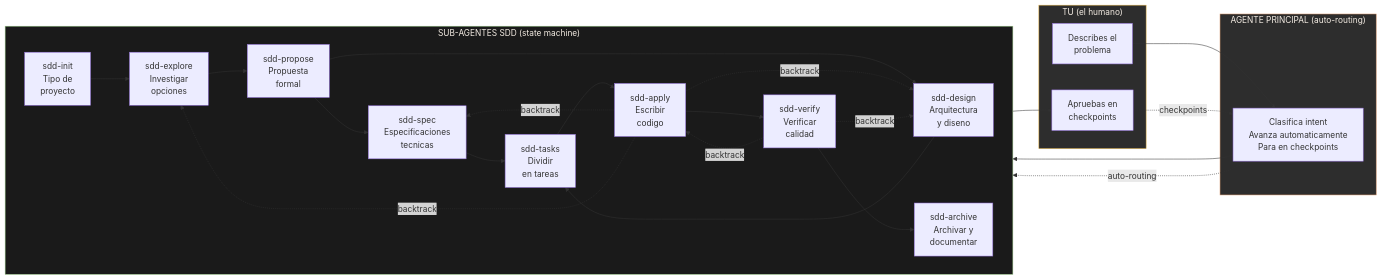
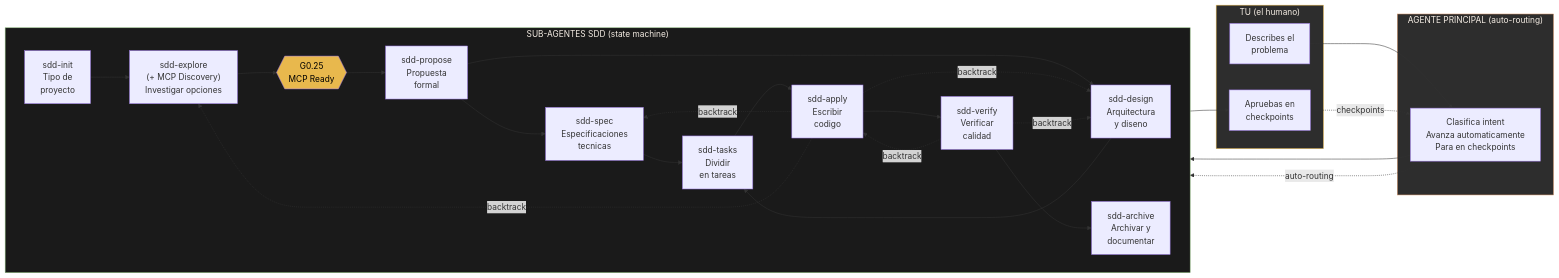
One commit to jota-batuta/batuta-dots changed the fourth of 24 diagrams in docs/architecture/arquitectura-diagrama.md. Above: the diagram before and after it, drawn with Mermaid. The commit also changed other lines of this file and 9 other files, not shown here.

````diff
--- a/docs/architecture/arquitectura-diagrama.md
+++ b/docs/architecture/arquitectura-diagrama.md
@@ -140,46 +142,48 @@
 ```mermaid
 flowchart LR
     subgraph USUARIO["TU (el humano)"]
         U_DESCRIBE["Describes el<br/>problema"]
         U_APRUEBA["Apruebas en<br/>checkpoints"]
     end
 
     subgraph ORQUESTADOR["AGENTE PRINCIPAL (auto-routing)"]
         ORC["Clasifica intent<br/>Avanza automaticamente<br/>Para en checkpoints"]
     end
 
     subgraph PIPELINE["SUB-AGENTES SDD (state machine)"]
         direction LR
         INIT["sdd-init<br/>Tipo de<br/>proyecto"]
-        EXPLORE["sdd-explore<br/>Investigar<br/>opciones"]
+        EXPLORE["sdd-explore<br/>(+ MCP Discovery)<br/>Investigar opciones"]
+        G025{{"G0.25<br/>MCP Ready"}}
         PROPOSE["sdd-propose<br/>Propuesta<br/>formal"]
         SPEC["sdd-spec<br/>Especificaciones<br/>tecnicas"]
         DESIGN["sdd-design<br/>Arquitectura<br/>y diseno"]
         TASKS["sdd-tasks<br/>Dividir<br/>en tareas"]
         APPLY["sdd-apply<br/>Escribir<br/>codigo"]
         VERIFY["sdd-verify<br/>Verificar<br/>calidad"]
         ARCHIVE["sdd-archive<br/>Archivar y<br/>documentar"]
     end
 
     U_DESCRIBE --> ORC
-    ORC --> INIT --> EXPLORE --> PROPOSE
+    ORC --> INIT --> EXPLORE --> G025 --> PROPOSE
     PROPOSE --> SPEC
     PROPOSE --> DESIGN
     SPEC --> TASKS
     DESIGN --> TASKS
     TASKS --> APPLY --> VERIFY --> ARCHIVE
     ARCHIVE --> U_APRUEBA
 
     APPLY -.->|"backtrack"| SPEC
     APPLY -.->|"backtrack"| DESIGN
     APPLY -.->|"backtrack"| EXPLORE
     VERIFY -.->|"backtrack"| DESIGN
     VERIFY -.->|"backtrack"| APPLY
 
     ORC -.->|"auto-routing"| PIPELINE
     U_APRUEBA -.->|"checkpoints"| ORC
 
     style USUARIO fill:#2d2d2d,stroke:#E8B84D,color:#F5EDE4
     style ORQUESTADOR fill:#2d2d2d,stroke:#D4956A,color:#F5EDE4
     style PIPELINE fill:#1a1a1a,stroke:#8BB87A,color:#F5EDE4
+    style G025 fill:#E8B84D,color:#000
 ```
````
